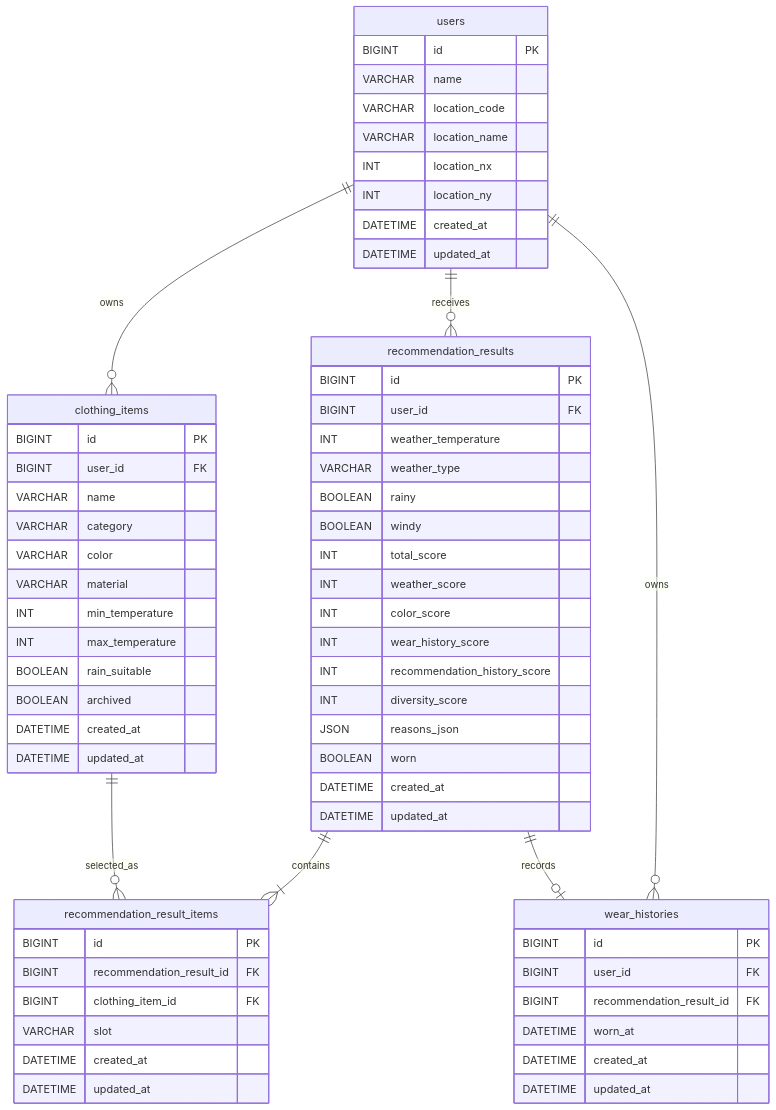
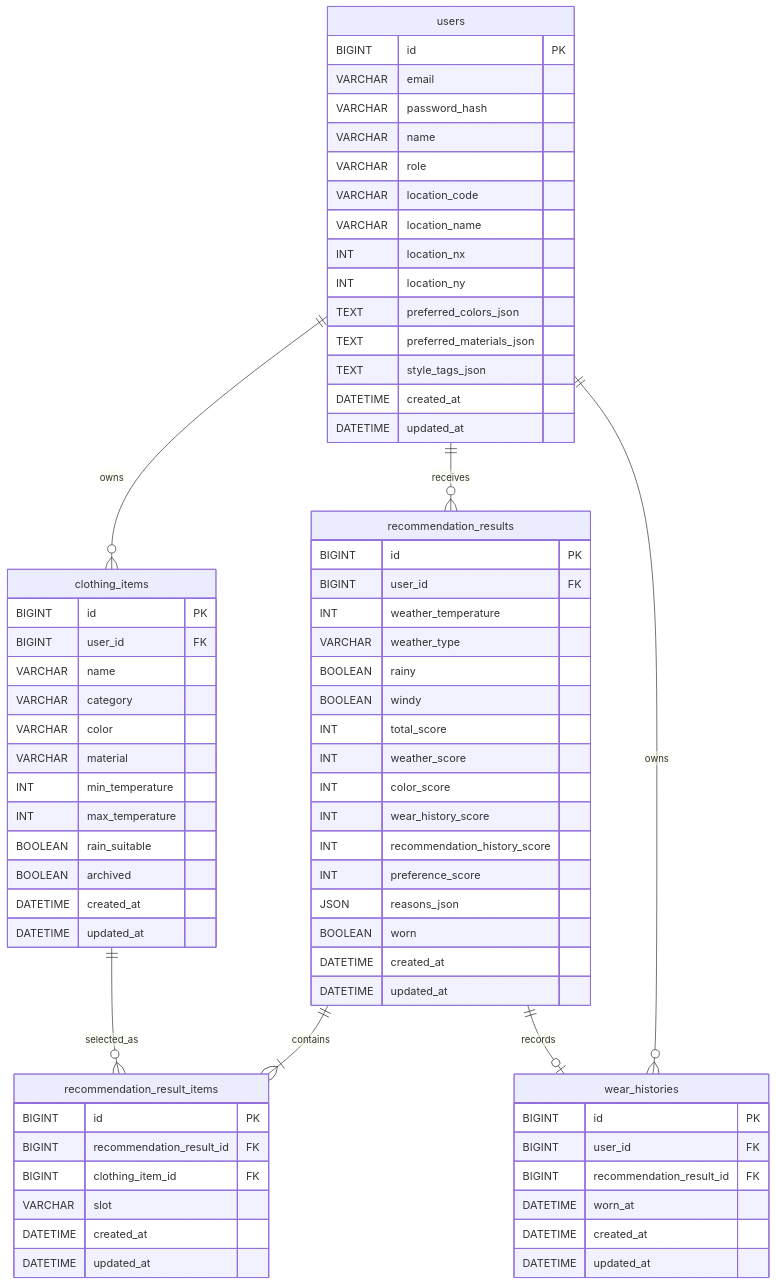
One commit to vanilalatte03/SmartCloset-v2 changed the diagram in docs/ERD.md. Above: the diagram before and after it, drawn with Mermaid. The commit also changed other lines of this file and 21 other files, not shown here.

````diff
--- a/docs/ERD.md
+++ b/docs/ERD.md
@@ -23,72 +29,78 @@
 ```mermaid
 erDiagram
   users ||--o{ clothing_items : owns
   users ||--o{ recommendation_results : receives
   recommendation_results ||--|{ recommendation_result_items : contains
   clothing_items ||--o{ recommendation_result_items : selected_as
   recommendation_results ||--o| wear_histories : records
   users ||--o{ wear_histories : owns
 
   users {
     BIGINT id PK
+    VARCHAR email
+    VARCHAR password_hash
     VARCHAR name
+    VARCHAR role
     VARCHAR location_code
     VARCHAR location_name
     INT location_nx
     INT location_ny
+    TEXT preferred_colors_json
+    TEXT preferred_materials_json
+    TEXT style_tags_json
     DATETIME created_at
     DATETIME updated_at
   }
 
   clothing_items {
     BIGINT id PK
     BIGINT user_id FK
     VARCHAR name
     VARCHAR category
     VARCHAR color
     VARCHAR material
     INT min_temperature
     INT max_temperature
     BOOLEAN rain_suitable
     BOOLEAN archived
     DATETIME created_at
     DATETIME updated_at
   }
 
   recommendation_results {
     BIGINT id PK
     BIGINT user_id FK
     INT weather_temperature
     VARCHAR weather_type
     BOOLEAN rainy
     BOOLEAN windy
     INT total_score
     INT weather_score
     INT color_score
     INT wear_history_score
     INT recommendation_history_score
-    INT diversity_score
+    INT preference_score
     JSON reasons_json
     BOOLEAN worn
     DATETIME created_at
     DATETIME updated_at
   }
 
   recommendation_result_items {
     BIGINT id PK
     BIGINT recommendation_result_id FK
     BIGINT clothing_item_id FK
     VARCHAR slot
     DATETIME created_at
     DATETIME updated_at
   }
 
   wear_histories {
     BIGINT id PK
     BIGINT user_id FK
     BIGINT recommendation_result_id FK
     DATETIME worn_at
     DATETIME created_at
     DATETIME updated_at
   }
 ```
````
